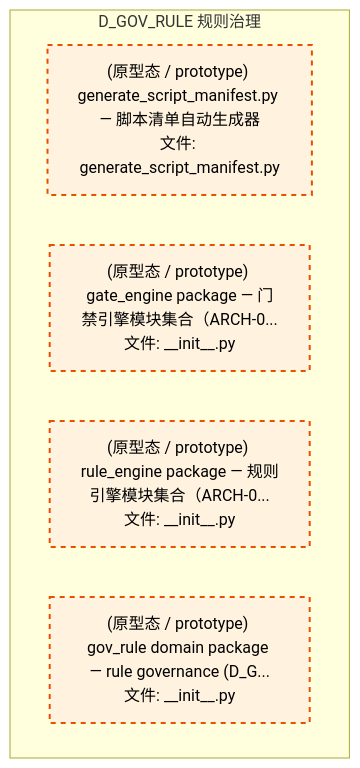
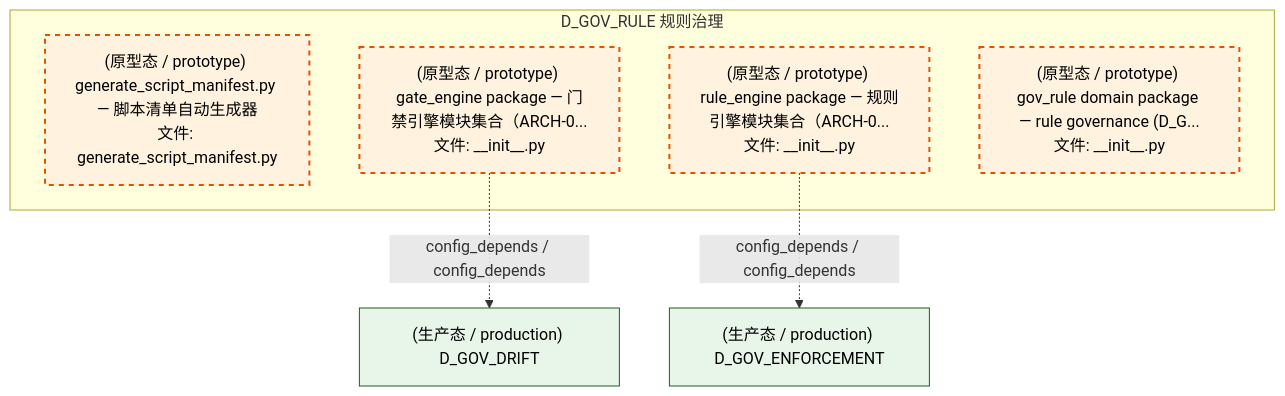
The fourth of 5 diagrams in docs/02_enterprise_architecture/02_domain_architecture_docs/45_d_gov_rule.md (xuanFelixVan/ZephyrAlpha), drawn with Mermaid before and after one commit. The commit also changed other lines of this file and 98 other files, not shown here.

````diff
--- a/docs/02_enterprise_architecture/02_domain_architecture_docs/45_d_gov_rule.md
+++ b/docs/02_enterprise_architecture/02_domain_architecture_docs/45_d_gov_rule.md
@@ -347,14 +345,19 @@
 ```mermaid
 graph TD
     subgraph D_GOV_RULE["D_GOV_RULE 规则治理"]
         scripts_governance_generators_generate_script_manifest_py["(原型态 / prototype) generate_script_manifest.py — 脚本清单自动生成器<br/>文件: generate_script_manifest.py"]
         src_zephyr_gov_enforcement_rule_enforcement_gate_engine_init_py["(原型态 / prototype) gate_engine package — 门禁引擎模块集合（ARCH-0...<br/>文件: __init__.py"]
         src_zephyr_gov_enforcement_rule_enforcement_rule_engine_init_py["(原型态 / prototype) rule_engine package — 规则引擎模块集合（ARCH-0...<br/>文件: __init__.py"]
         src_zephyr_gov_rule_init_py["(原型态 / prototype) gov_rule domain package — rule governance (D_G...<br/>文件: __init__.py"]
     end
+    D_GOV_DRIFT["(生产态 / production) D_GOV_DRIFT"]
+    src_zephyr_gov_enforcement_rule_enforcement_gate_engine_init_py -.->|config_depends / config_depends| D_GOV_DRIFT
+    D_GOV_ENFORCEMENT["(生产态 / production) D_GOV_ENFORCEMENT"]
+    src_zephyr_gov_enforcement_rule_enforcement_rule_engine_init_py -.->|config_depends / config_depends| D_GOV_ENFORCEMENT
     classDef production fill:#e1f5fe,stroke:#01579b,stroke-width:2px,color:#000
     classDef design fill:#fff3e0,stroke:#e65100,stroke-width:2px,color:#000,stroke-dasharray: 5 5
     classDef external_prod fill:#e8f5e9,stroke:#1b5e20,stroke-width:1px,color:#000
     classDef external_design fill:#fce4ec,stroke:#880e4f,stroke-width:1px,color:#000,stroke-dasharray: 5 5
     class scripts_governance_generators_generate_script_manifest_py,src_zephyr_gov_enforcement_rule_enforcement_gate_engine_init_py,src_zephyr_gov_enforcement_rule_enforcement_rule_engine_init_py,src_zephyr_gov_rule_init_py design
+    class D_GOV_DRIFT,D_GOV_ENFORCEMENT external_prod
 ```
````
